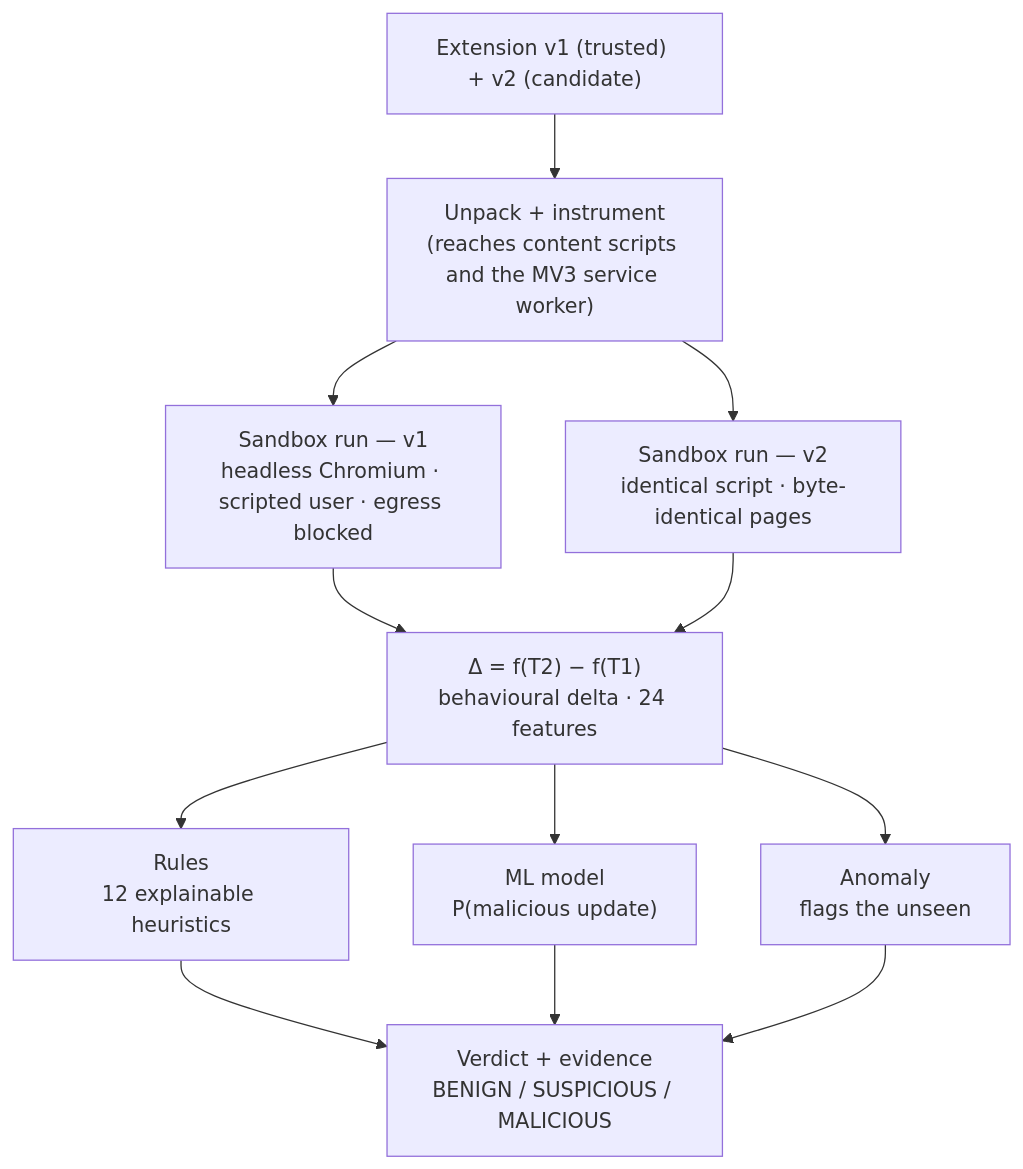
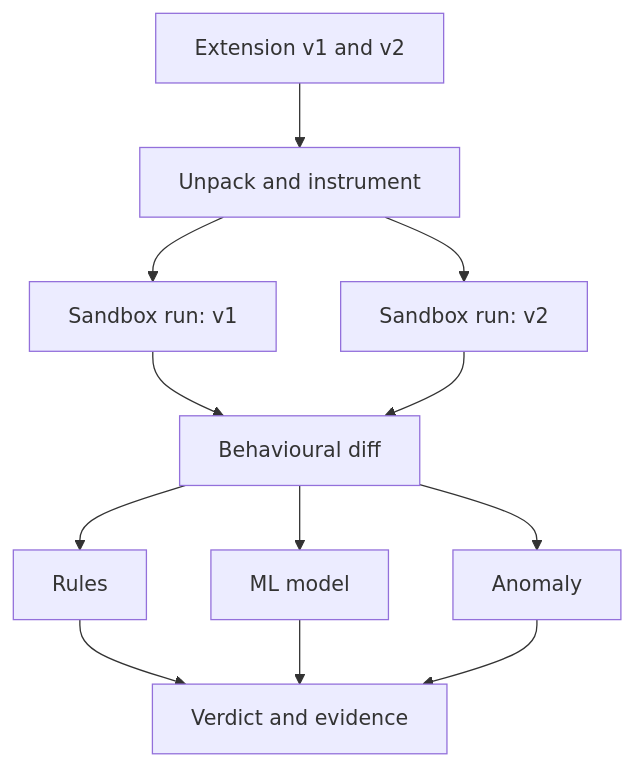
Before and after one commit to bindpratapsingh/extdrift: the first of 2 diagrams in README.md, drawn with Mermaid. The commit also changed other lines of this file, not shown here.

First line of the commit message:
Fix README Mermaid diagrams clipping on GitHub

````diff
--- a/README.md
+++ b/README.md
@@ -26,14 +26,14 @@
 ```mermaid
 flowchart TD
-    A["Extension v1 (trusted) + v2 (candidate)"] --> B["Unpack + instrument<br/>(reaches content scripts and the MV3 service worker)"]
-    B --> C1["Sandbox run — v1<br/>headless Chromium · scripted user · egress blocked"]
-    B --> C2["Sandbox run — v2<br/>identical script · byte-identical pages"]
-    C1 --> D["Δ = f(T2) − f(T1)<br/>behavioural delta · 24 features"]
-    C2 --> D
-    D --> E1["Rules<br/>12 explainable heuristics"]
-    D --> E2["ML model<br/>P(malicious update)"]
-    D --> E3["Anomaly<br/>flags the unseen"]
-    E1 --> F["Verdict + evidence<br/>BENIGN / SUSPICIOUS / MALICIOUS"]
-    E2 --> F
-    E3 --> F
+    IN["Extension v1 and v2"] --> PREP["Unpack and instrument"]
+    PREP --> R1["Sandbox run: v1"]
+    PREP --> R2["Sandbox run: v2"]
+    R1 --> DIFF["Behavioural diff"]
+    R2 --> DIFF
+    DIFF --> RULES["Rules"]
+    DIFF --> ML["ML model"]
+    DIFF --> ANOM["Anomaly"]
+    RULES --> OUT["Verdict and evidence"]
+    ML --> OUT
+    ANOM --> OUT
 ```
````
